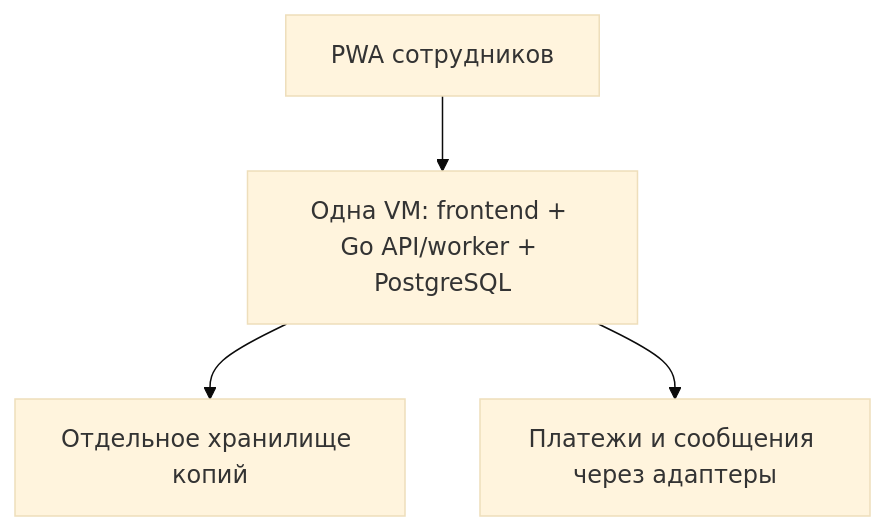
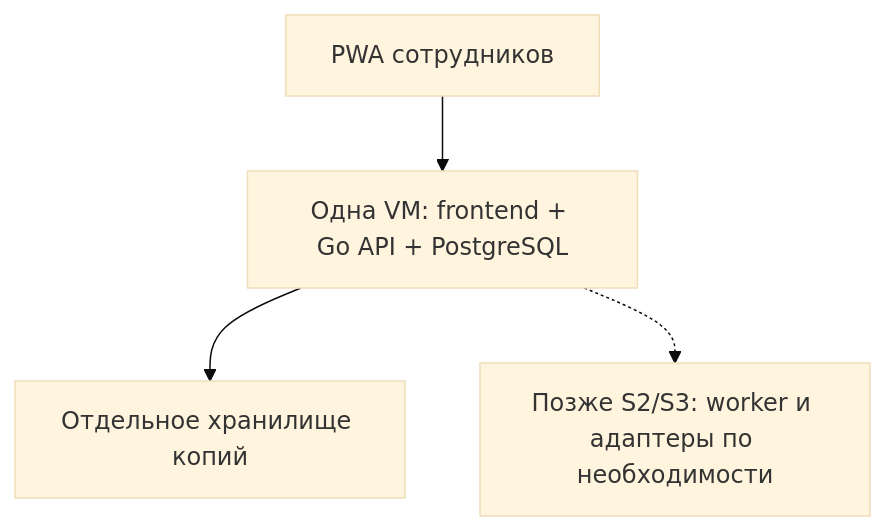
One commit to StarMadeGalaxy/JudeOS changed the second of 2 diagrams in planning/INFRASTRUCTURE.md. Above: the diagram before and after it, drawn with Mermaid (base theme). The commit also changed other lines of this file and 20 other files, not shown here.

Commit message:
docs: align MVP plan and architecture after critical review

````diff
--- a/planning/INFRASTRUCTURE.md
+++ b/planning/INFRASTRUCTURE.md
@@ -46,6 +46,6 @@
 ```mermaid
 flowchart TB
-    PWA["PWA сотрудников"] --> VM["Одна VM: frontend + Go API/worker + PostgreSQL"]
+    PWA["PWA сотрудников"] --> VM["Одна VM: frontend + Go API + PostgreSQL"]
     VM --> Backup["Отдельное хранилище копий"]
-    VM --> Integration["Платежи и сообщения через адаптеры"]
+    VM -.-> Integration["Позже S2/S3: worker и адаптеры по необходимости"]
 ```
````
